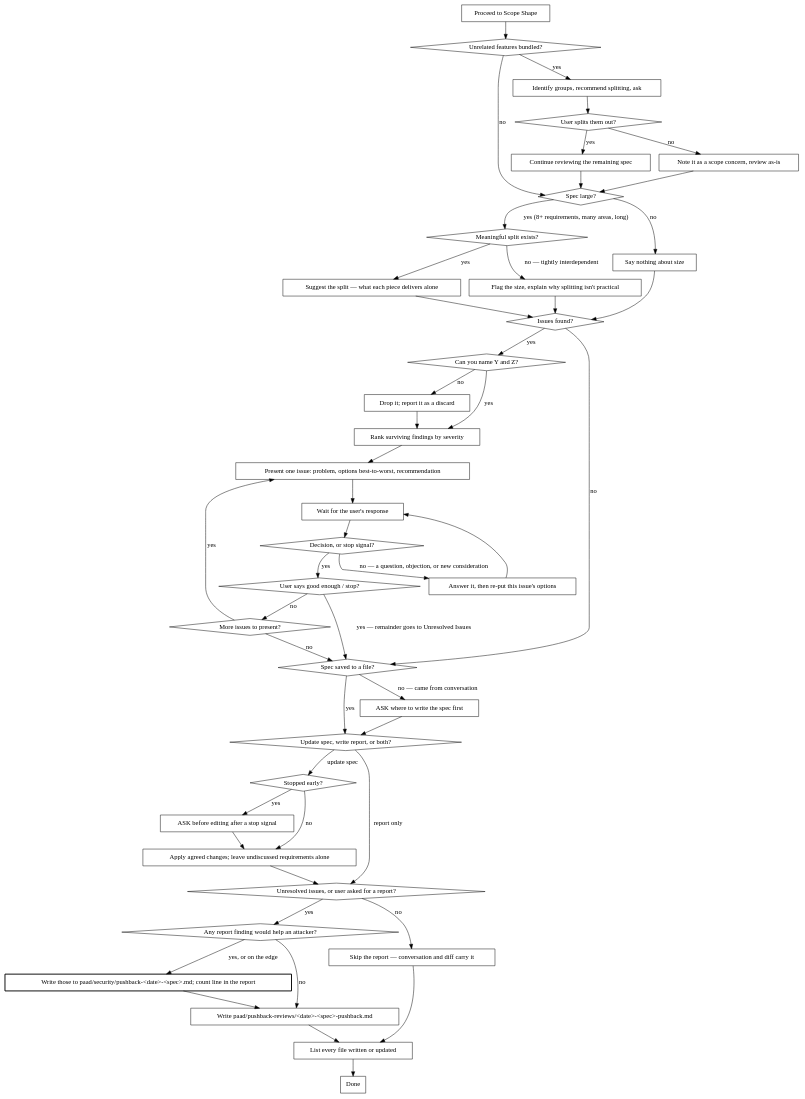
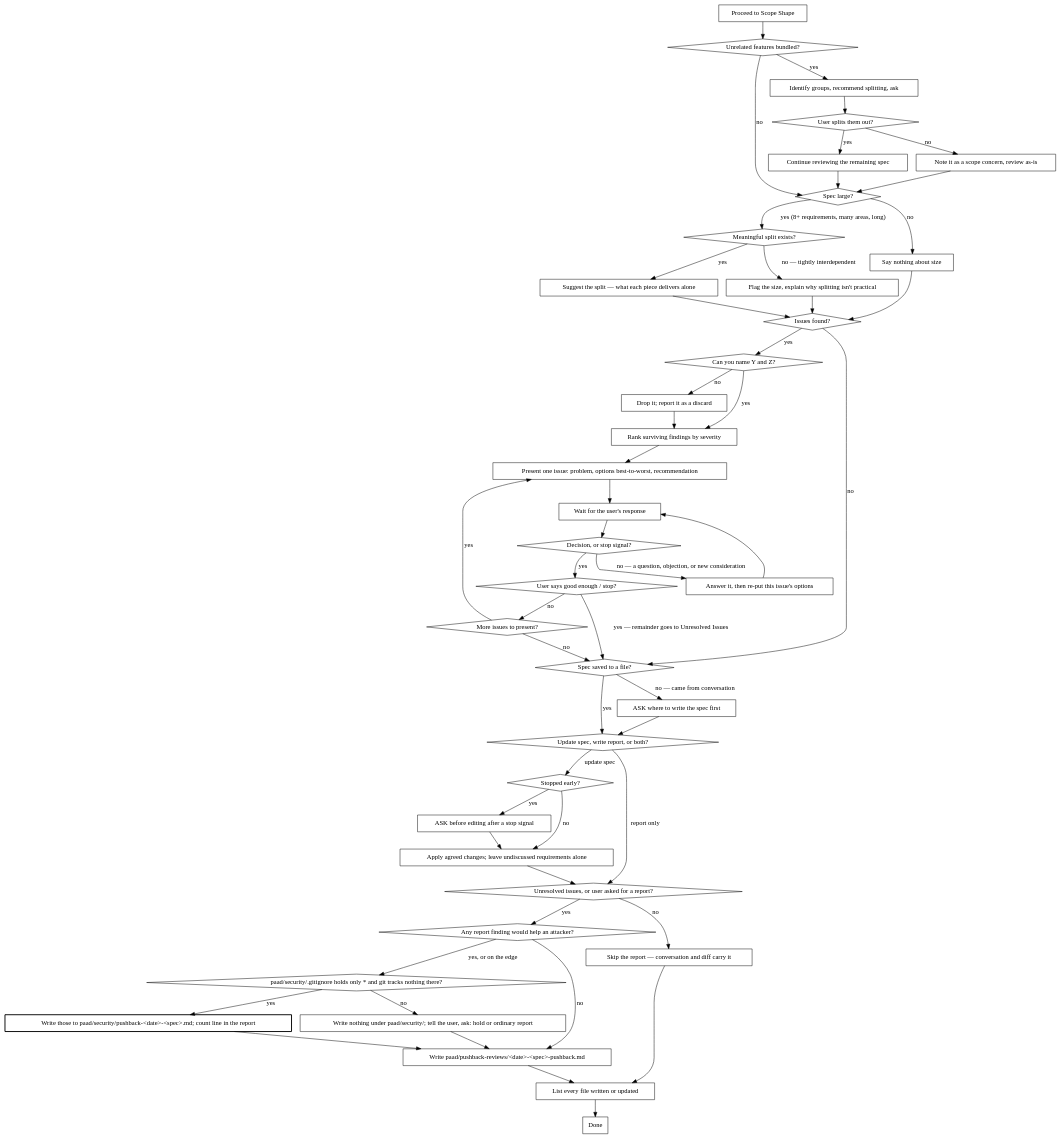
One commit to Ovid/paad changed the second of 2 diagrams in preview/paad/skills/pushback/SKILL.md. Above: the diagram before and after it, drawn with Graphviz. The commit also changed 5 other files, not shown here.

First line of the commit message:
Producer digraphs: gate every paad/security/ write on the .gitignore check

```diff
--- a/preview/paad/skills/pushback/SKILL.md
+++ b/preview/paad/skills/pushback/SKILL.md
@@ -89,6 +89,8 @@
   "Apply agreed changes; leave undiscussed requirements alone" [shape=box];
   "Any report finding would help an attacker?" [shape=diamond];
   "Write those to paad/security/pushback-<date>-<spec>.md; count line in the report" [shape=box, style=bold];
+  "paad/security/.gitignore holds only * and git tracks nothing there?" [shape=diamond];
+  "Write nothing under paad/security/; tell the user, ask: hold or ordinary report" [shape=box];
   "Write paad/pushback-reviews/<date>-<spec>-pushback.md" [shape=box];
   "Skip the report — conversation and diff carry it" [shape=box];
   "List every file written or updated" [shape=box];
@@ -138,9 +140,12 @@
   "ASK before editing after a stop signal" -> "Apply agreed changes; leave undiscussed requirements alone";
   "Apply agreed changes; leave undiscussed requirements alone" -> "Unresolved issues, or user asked for a report?";
   "Unresolved issues, or user asked for a report?" -> "Any report finding would help an attacker?" [label="yes"];
-  "Any report finding would help an attacker?" -> "Write those to paad/security/pushback-<date>-<spec>.md; count line in the report" [label="yes, or on the edge"];
+  "Any report finding would help an attacker?" -> "paad/security/.gitignore holds only * and git tracks nothing there?" [label="yes, or on the edge"];
   "Any report finding would help an attacker?" -> "Write paad/pushback-reviews/<date>-<spec>-pushback.md" [label="no"];
   "Write those to paad/security/pushback-<date>-<spec>.md; count line in the report" -> "Write paad/pushback-reviews/<date>-<spec>-pushback.md";
+  "paad/security/.gitignore holds only * and git tracks nothing there?" -> "Write those to paad/security/pushback-<date>-<spec>.md; count line in the report" [label="yes"];
+  "paad/security/.gitignore holds only * and git tracks nothing there?" -> "Write nothing under paad/security/; tell the user, ask: hold or ordinary report" [label="no"];
+  "Write nothing under paad/security/; tell the user, ask: hold or ordinary report" -> "Write paad/pushback-reviews/<date>-<spec>-pushback.md";
   "Unresolved issues, or user asked for a report?" -> "Skip the report — conversation and diff carry it" [label="no"];
   "Write paad/pushback-reviews/<date>-<spec>-pushback.md" -> "List every file written or updated";
   "Skip the report — conversation and diff carry it" -> "List every file written or updated";
```
